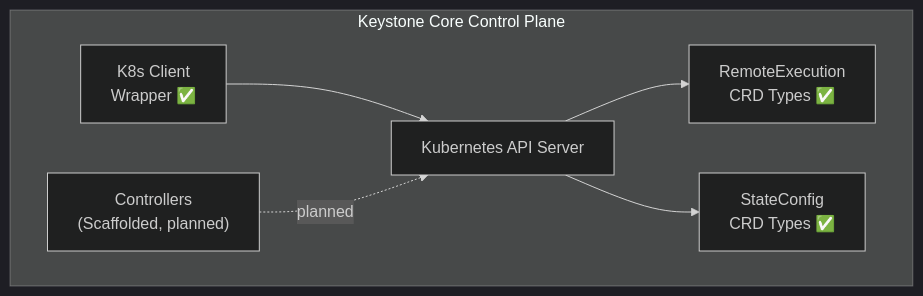
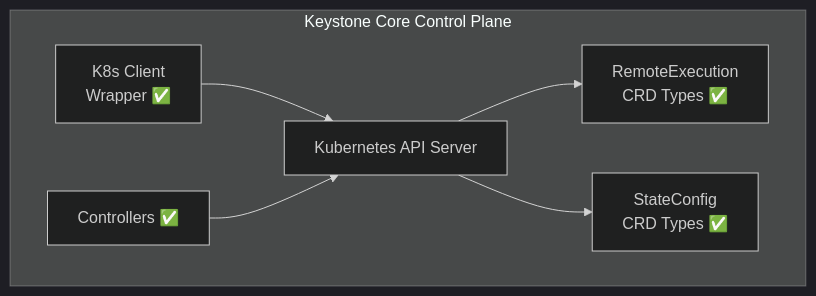
Before and after one commit to Spicer-Creek-Solutions-LLC/keystone-core: the diagram in docs/content/en/docs/concepts/kubernetes.md, drawn with Mermaid (dark theme). The commit also changed other lines of this file and 21 other files, not shown here.

````diff
--- a/docs/content/en/docs/concepts/kubernetes.md
+++ b/docs/content/en/docs/concepts/kubernetes.md
@@ -16,12 +14,12 @@
 ```mermaid
 flowchart TB
     subgraph CP["Keystone Core Control Plane"]
         KC["K8s Client<br>Wrapper ✅"]
-        CT["Controllers<br>(Scaffolded, planned)"]
+        CT["Controllers ✅"]
         KC --> API
-        CT -.->|planned| API
+        CT --> API
         API["Kubernetes API Server"]
         API --> RE["RemoteExecution<br>CRD Types ✅"]
         API --> SC["StateConfig<br>CRD Types ✅"]
     end
 ```
````
